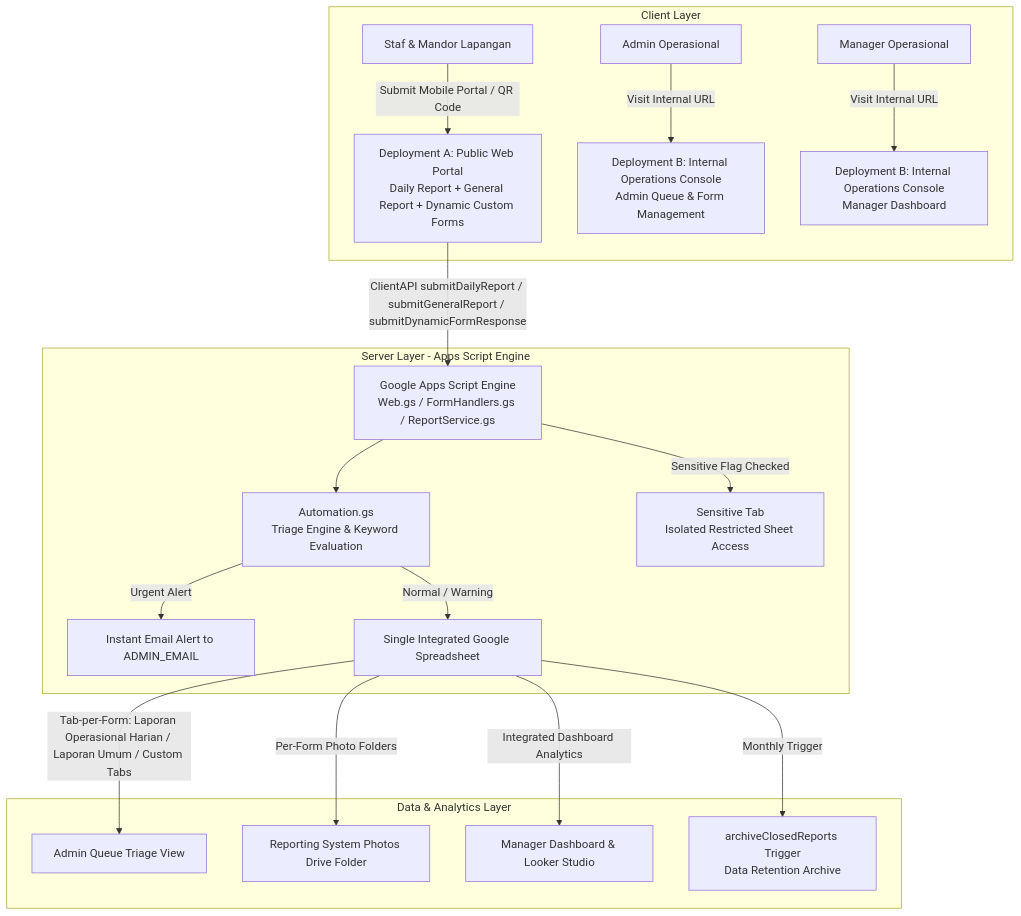
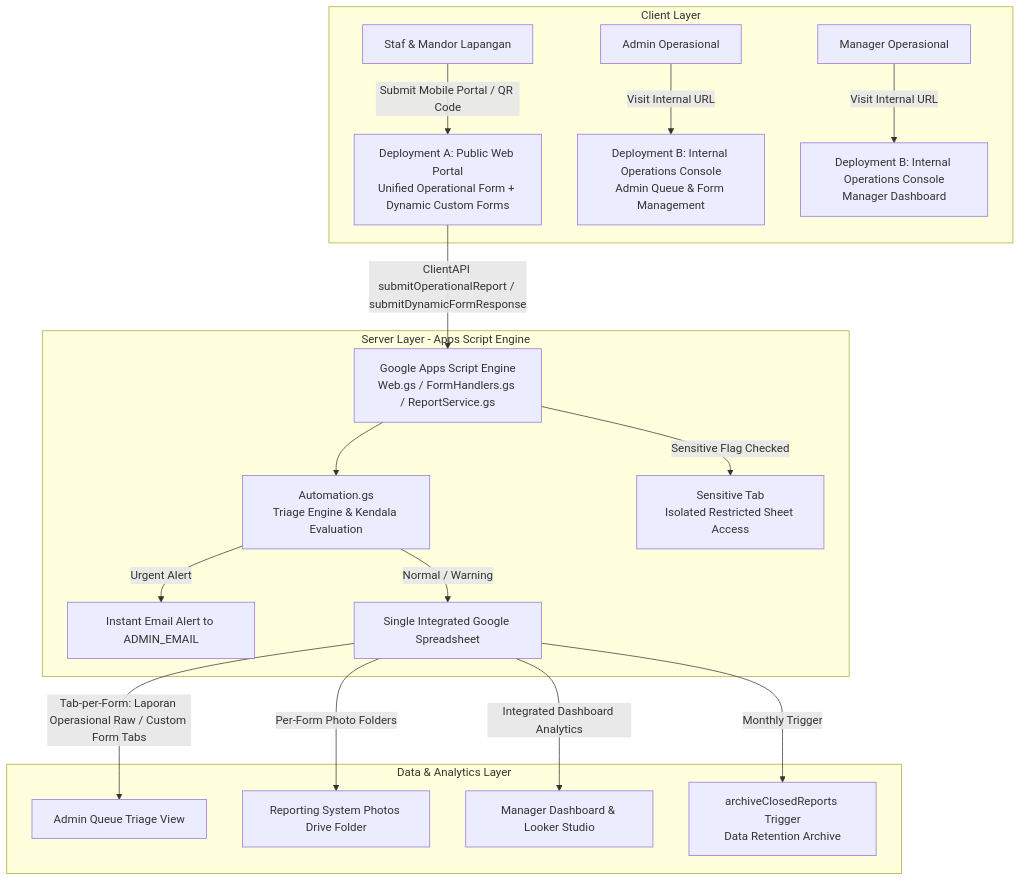
Before and after one commit to nathanpriandi/MPL_sistem_lapor: the diagram in README.md, drawn with Mermaid. The commit also changed other lines of this file and 18 other files, not shown here.

````diff
--- a/README.md
+++ b/README.md
@@ -14,23 +14,23 @@
 ```mermaid
 flowchart TD
     subgraph Client Layer
-        A1[Staf & Mandor Lapangan] -->|Submit Mobile Portal / QR Code| B1[Deployment A: Public Web Portal<br/>Daily Report + General Report + Dynamic Custom Forms]
+        A1[Staf & Mandor Lapangan] -->|Submit Mobile Portal / QR Code| B1[Deployment A: Public Web Portal<br/>Unified Operational Form + Dynamic Custom Forms]
         A2[Admin Operasional] -->|Visit Internal URL| B2[Deployment B: Internal Operations Console<br/>Admin Queue & Form Management]
         A3[Manager Operasional] -->|Visit Internal URL| B3[Deployment B: Internal Operations Console<br/>Manager Dashboard]
     end
 
     subgraph Server Layer - Apps Script Engine
-        B1 -->|ClientAPI submitDailyReport / submitGeneralReport / submitDynamicFormResponse| C[Google Apps Script Engine<br/>Web.gs / FormHandlers.gs / ReportService.gs]
-        C --> D[Automation.gs<br/>Triage Engine & Keyword Evaluation]
+        B1 -->|ClientAPI submitOperationalReport / submitDynamicFormResponse| C[Google Apps Script Engine<br/>Web.gs / FormHandlers.gs / ReportService.gs]
+        C --> D[Automation.gs<br/>Triage Engine & Kendala Evaluation]
         D -->|Urgent Alert| E1[Instant Email Alert to ADMIN_EMAIL]
         D -->|Normal / Warning| E2[Single Integrated Google Spreadsheet]
         C -->|Sensitive Flag Checked| F[Sensitive Tab<br/>Isolated Restricted Sheet Access]
     end
 
     subgraph Data & Analytics Layer
-        E2 -->|Tab-per-Form: Laporan Operasional Harian / Laporan Umum / Custom Tabs| G1[Admin Queue Triage View]
+        E2 -->|Tab-per-Form: Laporan Operasional Raw / Custom Form Tabs| G1[Admin Queue Triage View]
         E2 -->|Per-Form Photo Folders| G2[Reporting System Photos Drive Folder]
         E2 -->|Integrated Dashboard Analytics| G3[Manager Dashboard & Looker Studio]
         E2 -->|Monthly Trigger| H[archiveClosedReports Trigger<br/>Data Retention Archive]
     end
 ```
````
